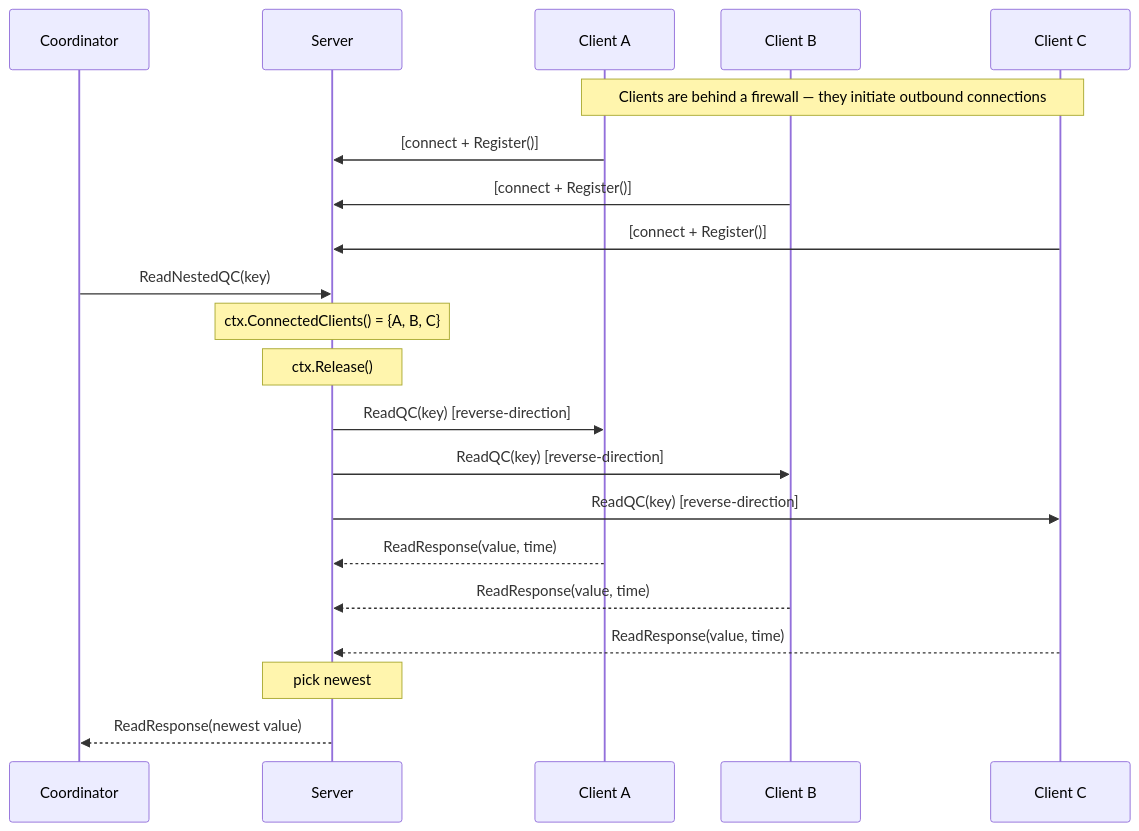
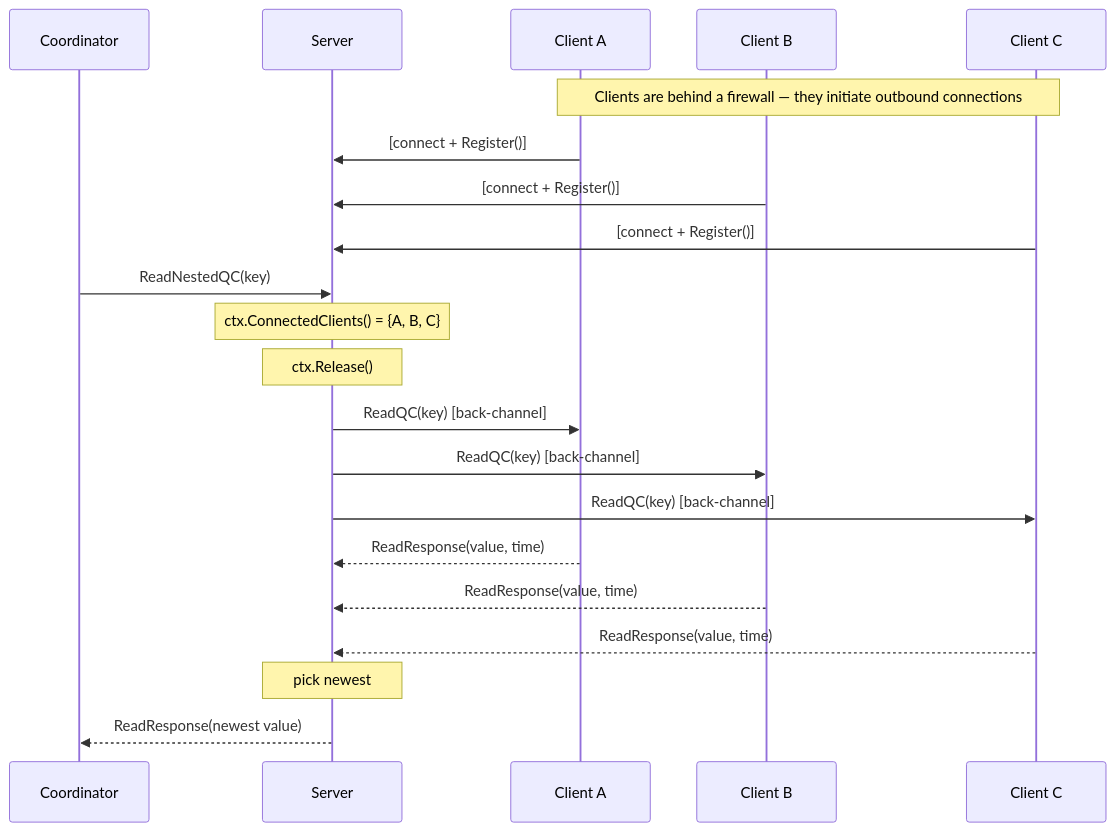
Before and after one commit to relab/gorums: the third of 3 diagrams in doc/user-guide.md, drawn with Mermaid. The commit also changed other lines of this file and 76 other files, not shown here.

````diff
--- a/doc/user-guide.md
+++ b/doc/user-guide.md
@@ -1944,25 +1991,25 @@
 ```mermaid
 sequenceDiagram
     participant Coord as Coordinator
     participant Srv as Server
     participant A as Client A
     participant B as Client B
     participant C as Client C
 
     Note over A,C: Clients are behind a firewall — they initiate outbound connections
     A->>Srv: [connect + Register()]
     B->>Srv: [connect + Register()]
     C->>Srv: [connect + Register()]
 
     Coord->>Srv: ReadNestedQC(key)
     Note over Srv: ctx.ConnectedClients() = {A, B, C}
     Note over Srv: ctx.Release()
-    Srv->>A: ReadQC(key) [reverse-direction]
-    Srv->>B: ReadQC(key) [reverse-direction]
-    Srv->>C: ReadQC(key) [reverse-direction]
+    Srv->>A: ReadQC(key) [back-channel]
+    Srv->>B: ReadQC(key) [back-channel]
+    Srv->>C: ReadQC(key) [back-channel]
     A-->>Srv: ReadResponse(value, time)
     B-->>Srv: ReadResponse(value, time)
     C-->>Srv: ReadResponse(value, time)
     Note over Srv: pick newest
     Srv-->>Coord: ReadResponse(newest value)
 ```
````
